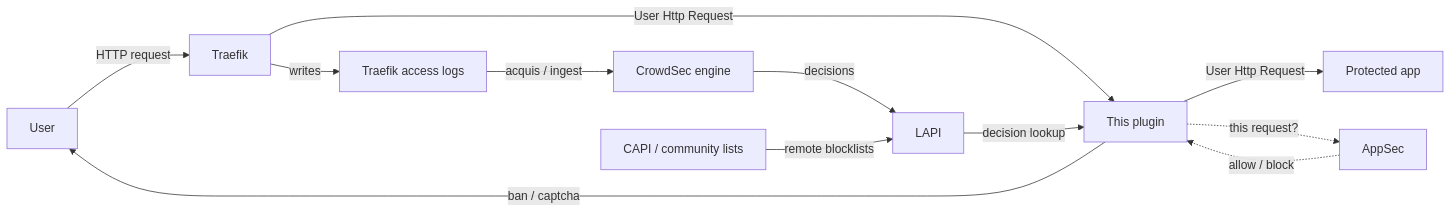
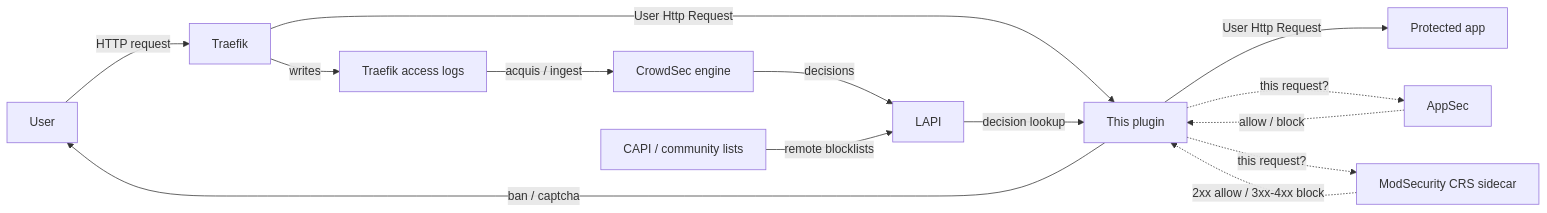
The first of 2 diagrams in README.md (david-garcia-garcia/crowdsec-bouncer-traefik-plugin), drawn with Mermaid before and after one commit. The commit also changed other lines of this file and 44 other files, not shown here.

Commit message:
feat: add ModSecurity CRS inspect as a fourth bouncer leg

````diff
--- a/README.md
+++ b/README.md
@@ -64,24 +65,27 @@
 ```mermaid
 flowchart LR
   User["User"]
   Traefik["Traefik"]
   Plugin["This plugin"]
   Origin["Protected app"]
   Logs["Traefik access logs"]
   Engine["CrowdSec engine"]
   LAPI["LAPI"]
   CAPI["CAPI / community lists"]
   AppSec["AppSec"]
+  ModSec["ModSecurity CRS sidecar"]
 
   User -->|"HTTP request"| Traefik
   Traefik -->|"User Http Request"| Plugin
   Plugin -->|"User Http Request"| Origin
   Plugin -->|"ban / captcha"| User
   Traefik -->|"writes"| Logs
   Logs -->|"acquis / ingest"| Engine
   Engine -->|"decisions"| LAPI
   CAPI -->|"remote blocklists"| LAPI
   LAPI -->|"decision lookup"| Plugin
   Plugin -.->|"this request?"| AppSec
   AppSec -.->|"allow / block"| Plugin
+  Plugin -.->|"this request?"| ModSec
+  ModSec -.->|"2xx allow / 3xx-4xx block"| Plugin
 ```
````
